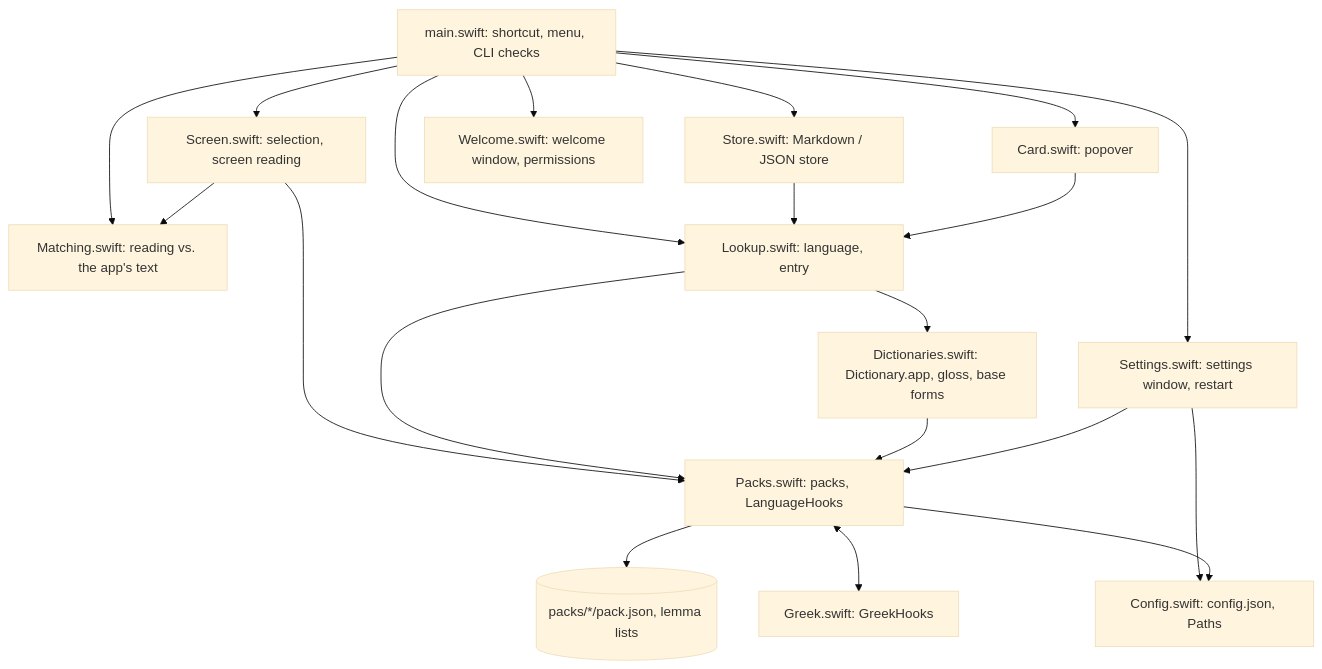
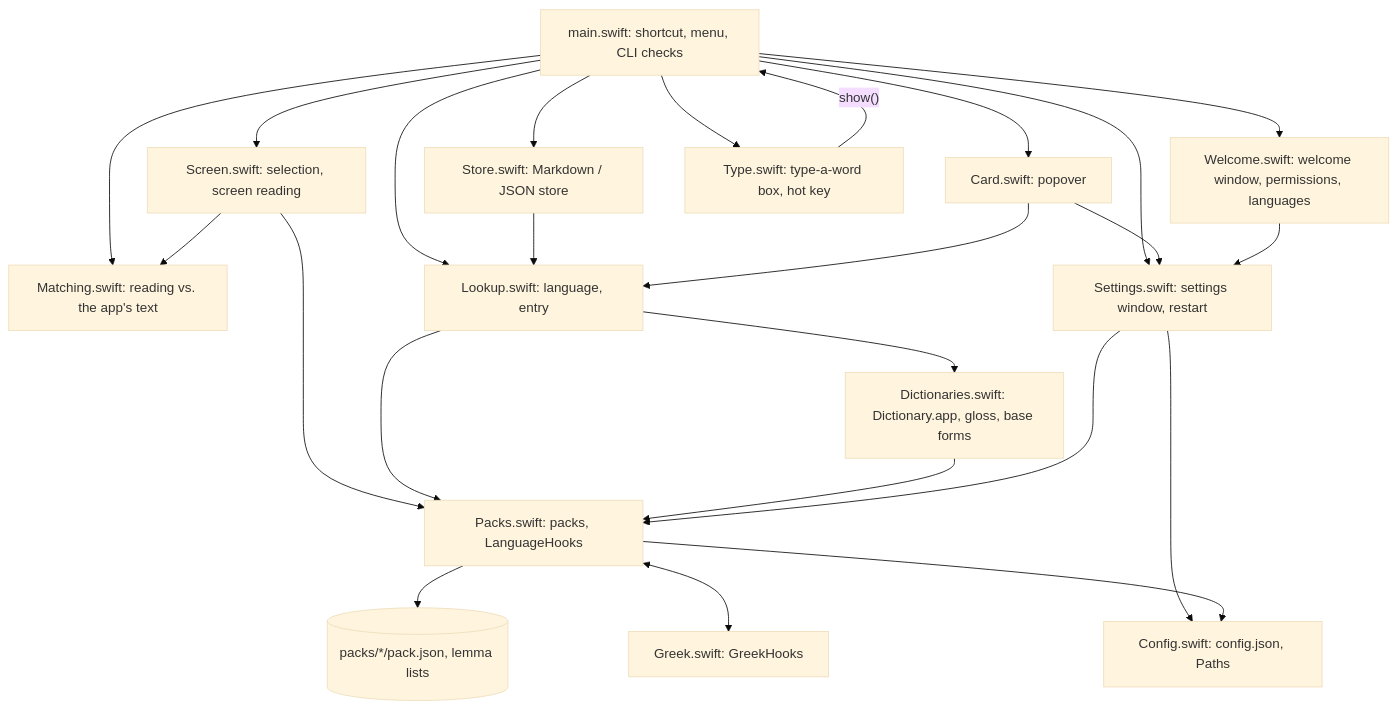
Before and after one commit to gregth/lookup-word: the first of 5 diagrams in docs/DESIGN.md, drawn with Mermaid (base theme). The commit also changed other lines of this file and 32 other files, not shown here.

````diff
--- a/docs/DESIGN.md
+++ b/docs/DESIGN.md
@@ -10,36 +10,41 @@
 ```mermaid
 flowchart TD
   M["main.swift: shortcut, menu, CLI checks"]
   SC["Screen.swift: selection, screen reading"]
   MA["Matching.swift: reading vs. the app's text"]
   LU["Lookup.swift: language, entry"]
   DI["Dictionaries.swift: Dictionary.app, gloss, base forms"]
   PK["Packs.swift: packs, LanguageHooks"]
   PJ[("packs/*/pack.json, lemma lists")]
   GR["Greek.swift: GreekHooks"]
   ST["Store.swift: Markdown / JSON store"]
   CA["Card.swift: popover"]
   SE["Settings.swift: settings window, restart"]
-  WE["Welcome.swift: welcome window, permissions"]
+  WE["Welcome.swift: welcome window, permissions, languages"]
+  TY["Type.swift: type-a-word box, hot key"]
   CF["Config.swift: config.json, Paths"]
 
+  M --> TY
+  TY -->|"show()"| M
   M --> SC
   M --> MA
   M --> LU
   M --> CA
   M --> ST
   M --> SE
   M --> WE
   SC --> MA
   SC --> PK
   LU --> DI
   LU --> PK
   DI --> PK
   PK --> PJ
   PK <--> GR
   ST --> LU
   CA --> LU
+  CA --> SE
+  WE --> SE
   SE --> CF
   SE --> PK
   PK --> CF
 ```
````
